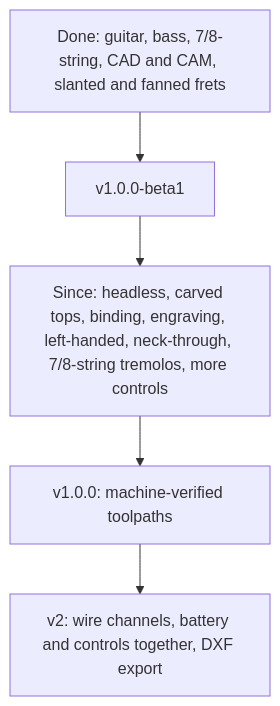
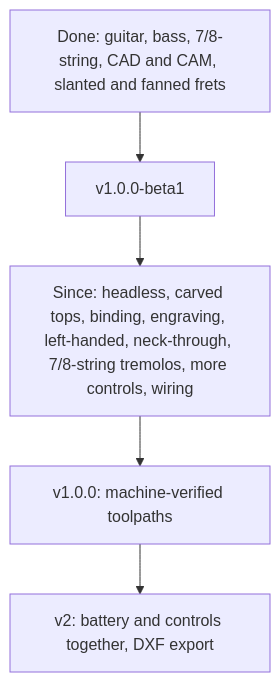
The diagram in ROADMAP.md (jolappi/CNCguitarwizard), drawn with Mermaid before and after one commit. The commit also changed other lines of this file and 27 other files, not shown here.

````diff
--- a/ROADMAP.md
+++ b/ROADMAP.md
@@ -90,7 +93,7 @@
 ```mermaid
 flowchart TD
     Done["Done: guitar, bass, 7/8-string, CAD and CAM, slanted and fanned frets"] --> Beta["v1.0.0-beta1"]
-    Beta --> More["Since: headless, carved tops, binding, engraving, left-handed, neck-through, 7/8-string tremolos, more controls"]
+    Beta --> More["Since: headless, carved tops, binding, engraving, left-handed, neck-through, 7/8-string tremolos, more controls, wiring"]
     More --> V1["v1.0.0: machine-verified toolpaths"]
-    V1 --> V2["v2: wire channels, battery and controls together, DXF export"]
+    V1 --> V2["v2: battery and controls together, DXF export"]
 ```
````
